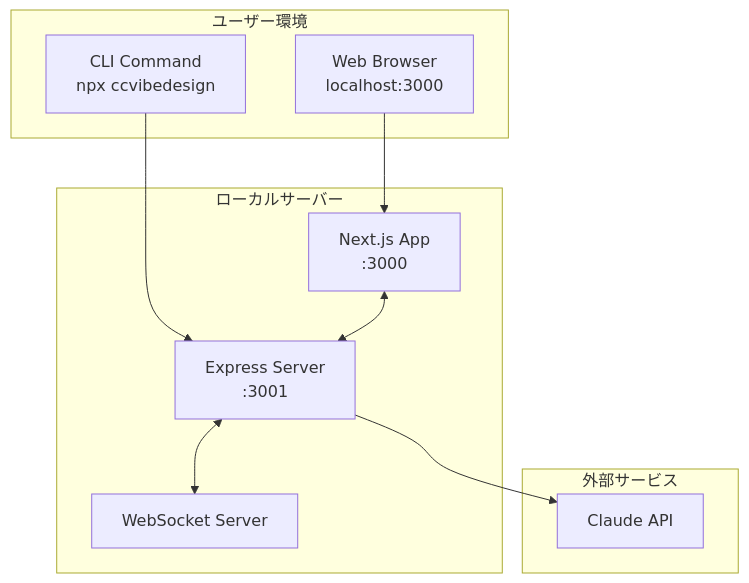
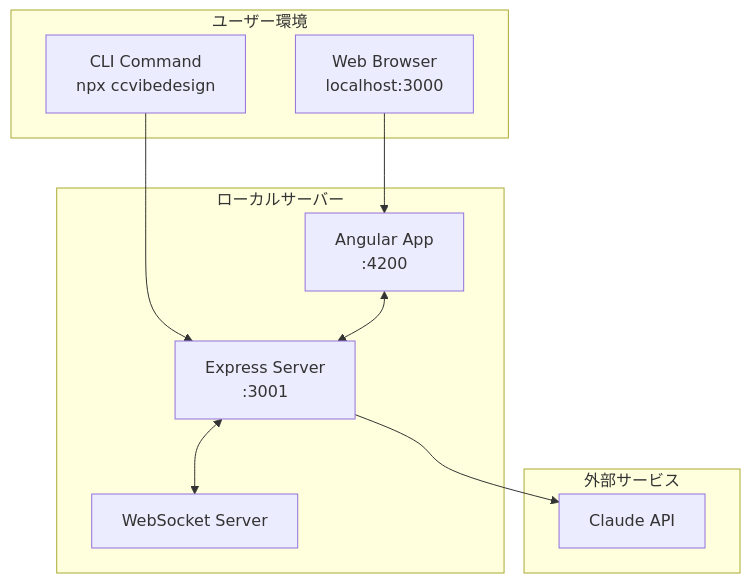
One commit to mzkmnk/ccvibedesign changed the first of 3 diagrams in docs/architecture/architecture-design.md. Above: the diagram before and after it, drawn with Mermaid. The commit also changed other lines of this file and 3 other files, not shown here.

First line of the commit message:
fix: Update documentation to use Angular instead of Next.js and update library versions

````diff
--- a/docs/architecture/architecture-design.md
+++ b/docs/architecture/architecture-design.md
@@ -12,23 +12,23 @@
 ```mermaid
 graph TB
     subgraph "ユーザー環境"
         CLI[CLI Command<br/>npx ccvibedesign]
         Browser[Web Browser<br/>localhost:3000]
     end
     
     subgraph "ローカルサーバー"
         Server[Express Server<br/>:3001]
-        NextApp[Next.js App<br/>:3000]
+        AngularApp[Angular App<br/>:4200]
         WS[WebSocket Server]
     end
     
     subgraph "外部サービス"
         Claude[Claude API]
     end
     
     CLI --> Server
-    Browser --> NextApp
-    NextApp <--> Server
+    Browser --> AngularApp
+    AngularApp <--> Server
     Server <--> WS
     Server --> Claude
 ```
````
